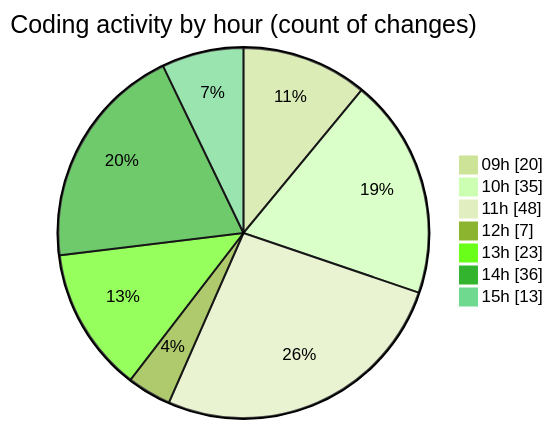
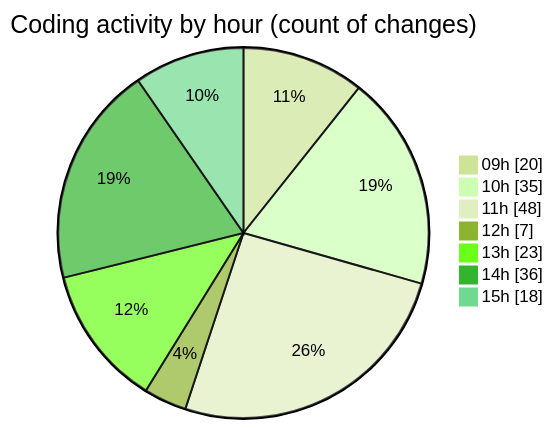
The second of 2 diagrams in 2025-06-10/ecodeli-1/README.md (CELIANVF/code-tracking), drawn with Mermaid (forest theme) before and after one commit. The commit also changed other lines of this file and 1 other file, not shown here.

````diff
--- a/2025-06-10/ecodeli-1/README.md
+++ b/2025-06-10/ecodeli-1/README.md
@@ -96,11 +98,11 @@
 ```mermaid
 pie showData
 title Coding activity by hour (count of changes)
 "09h" : 20
 "10h" : 35
 "11h" : 48
 "12h" : 7
 "13h" : 23
 "14h" : 36
-"15h" : 13
+"15h" : 18
 ```
````
